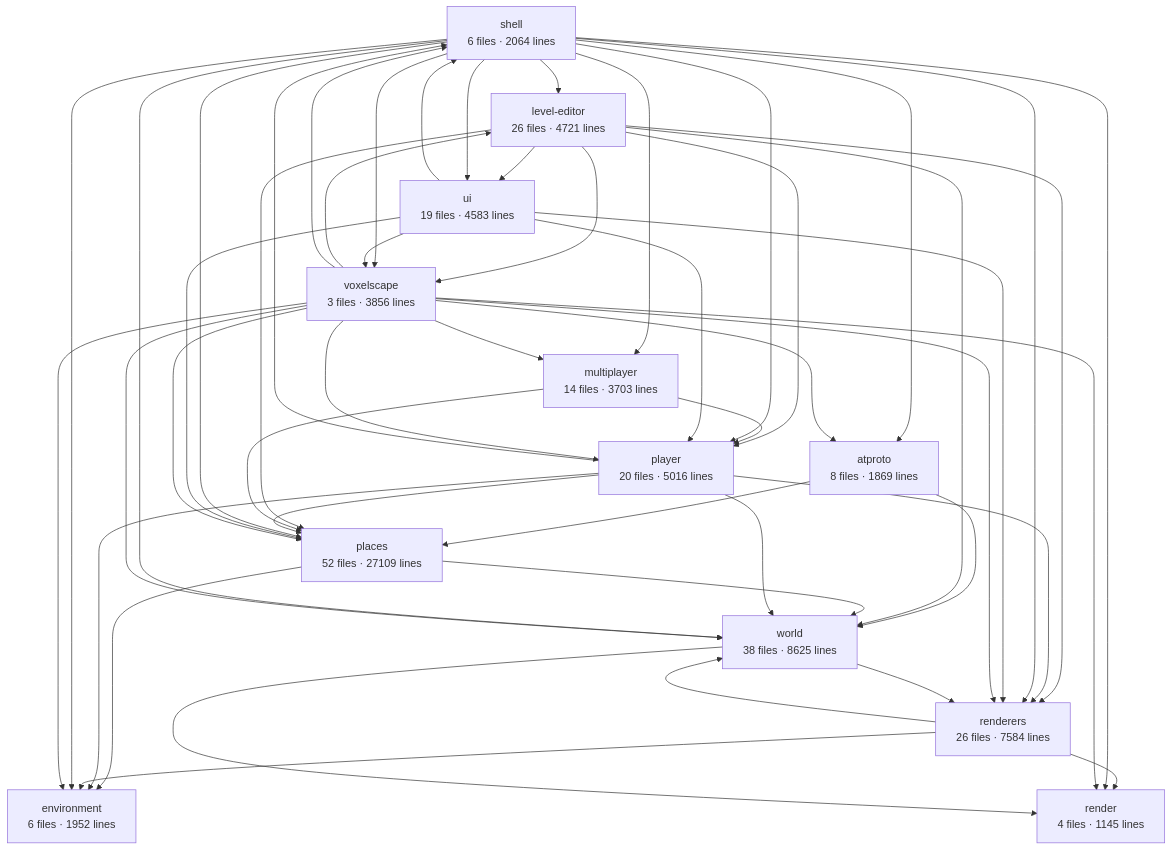
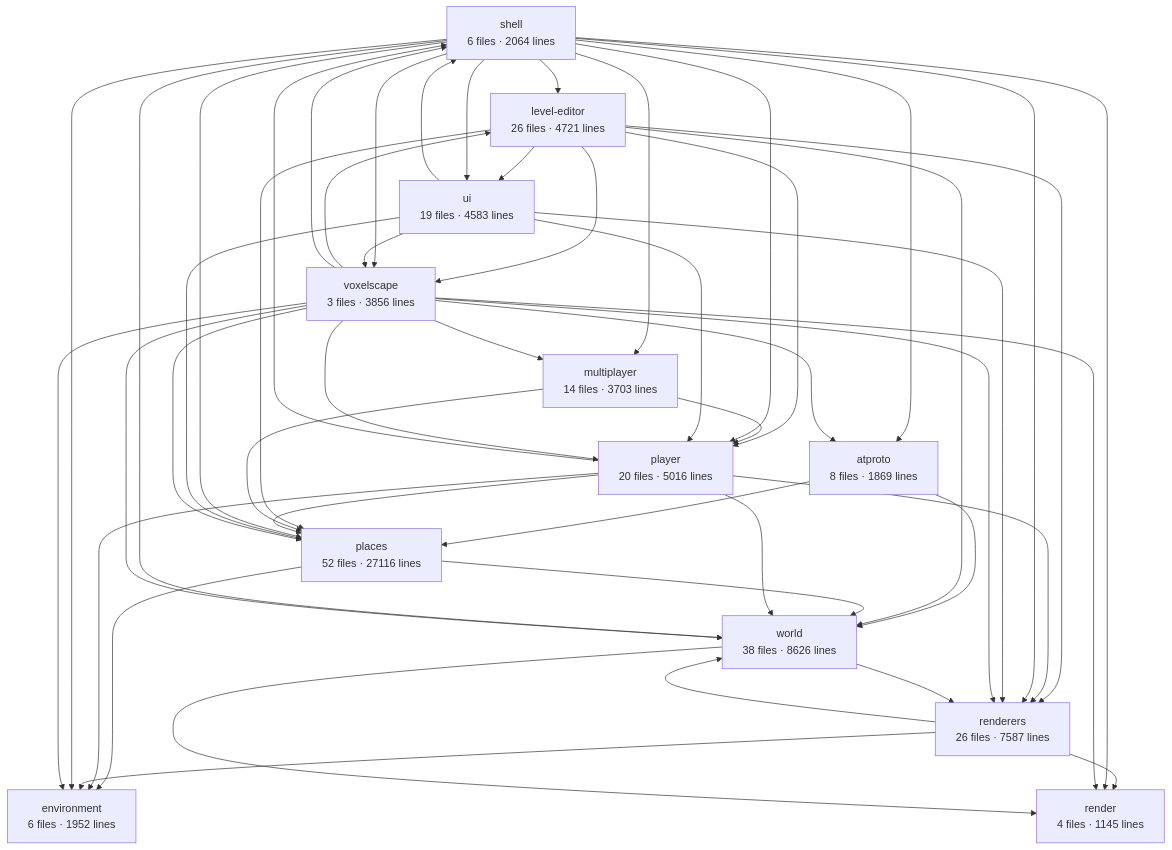
The diagram in apps/voxelscape/docs/architecture.md (big-mesh-studios/big-mesh-studios), drawn with Mermaid before and after one commit. The commit also changed other lines of this file and 1 other file, not shown here.

Commit message:
pnpm architecture; pnpm rendering;

````diff
--- a/apps/voxelscape/docs/architecture.md
+++ b/apps/voxelscape/docs/architecture.md
@@ -6,63 +6,63 @@
 ```mermaid
 graph TD
   shell["shell<br/>6 files · 2064 lines"]
   voxelscape["voxelscape<br/>3 files · 3856 lines"]
-  world["world<br/>38 files · 8625 lines"]
-  renderers["renderers<br/>26 files · 7584 lines"]
+  world["world<br/>38 files · 8626 lines"]
+  renderers["renderers<br/>26 files · 7587 lines"]
   render["render<br/>4 files · 1145 lines"]
   player["player<br/>20 files · 5016 lines"]
   multiplayer["multiplayer<br/>14 files · 3703 lines"]
-  places["places<br/>52 files · 27109 lines"]
+  places["places<br/>52 files · 27116 lines"]
   environment["environment<br/>6 files · 1952 lines"]
   atproto["atproto<br/>8 files · 1869 lines"]
   ui["ui<br/>19 files · 4583 lines"]
   level-editor["level-editor<br/>26 files · 4721 lines"]
   atproto --> places
   atproto --> world
   level-editor --> places
   level-editor --> player
   level-editor --> renderers
   level-editor --> ui
   level-editor --> voxelscape
   level-editor --> world
   multiplayer --> places
   multiplayer --> player
   places --> environment
   places --> world
   player --> environment
   player --> places
   player --> renderers
   player --> shell
   player --> world
   renderers --> environment
   renderers --> render
   renderers --> world
   shell --> atproto
   shell --> environment
   shell --> level-editor
   shell --> multiplayer
   shell --> places
   shell --> player
   shell --> render
   shell --> renderers
   shell --> ui
   shell --> voxelscape
   shell --> world
   ui --> places
   ui --> player
   ui --> renderers
   ui --> shell
   ui --> voxelscape
   voxelscape --> atproto
   voxelscape --> environment
   voxelscape --> level-editor
   voxelscape --> multiplayer
   voxelscape --> places
   voxelscape --> player
   voxelscape --> render
   voxelscape --> renderers
   voxelscape --> shell
   voxelscape --> world
   world --> render
   world --> renderers
 ```
````
